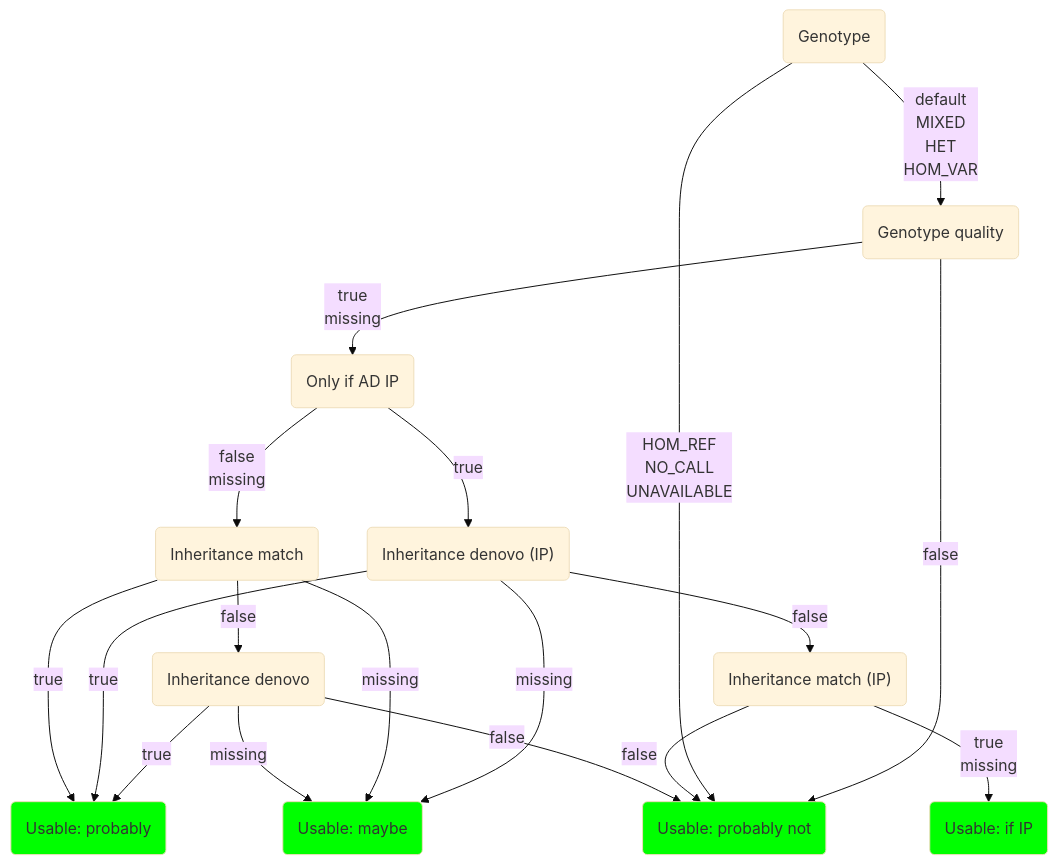
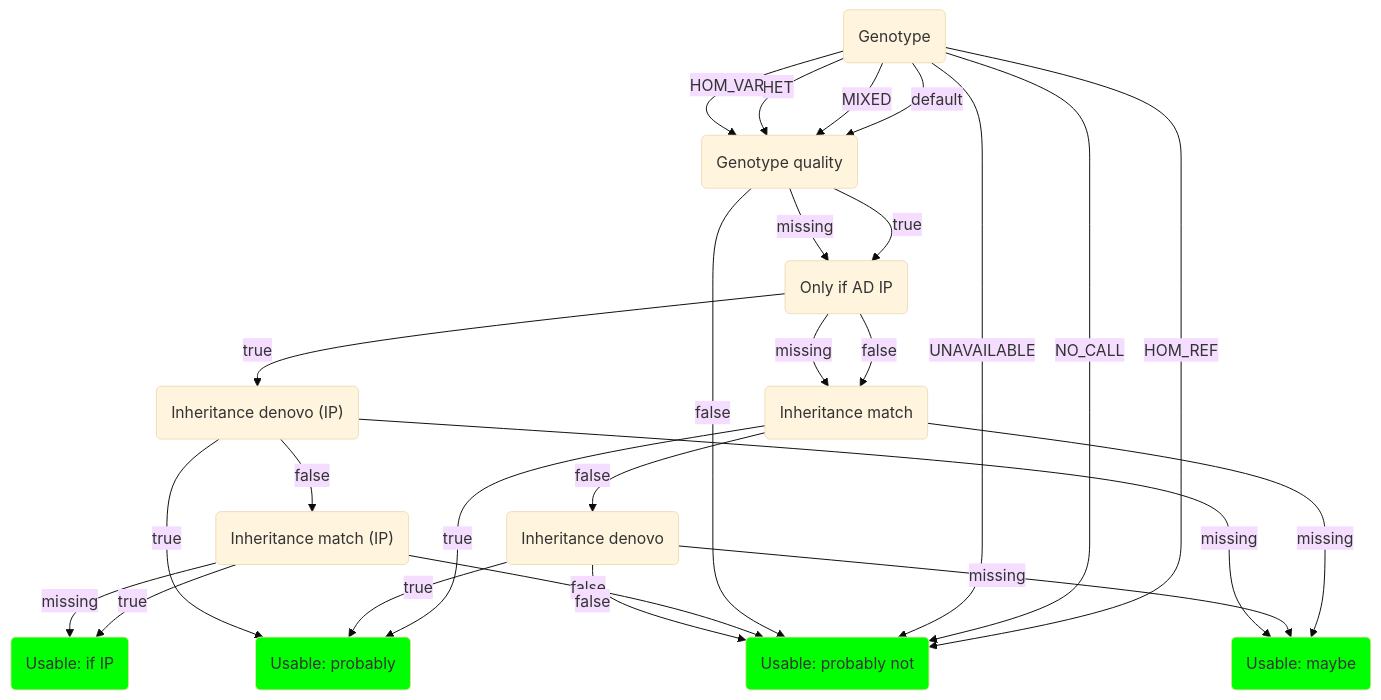
Before and after one commit to molgenis/vip: the second of 2 diagrams in docs/advanced/classification_trees.md, drawn with Mermaid (base theme). The commit also changed other lines of this file, not shown here.

````diff
--- a/docs/advanced/classification_trees.md
+++ b/docs/advanced/classification_trees.md
@@ -107,36 +117,43 @@
 ```mermaid
 flowchart TD
 gt_("Genotype")
 gq_("Genotype quality")
 only_IP_("Only if AD IP")
 vim_("Inheritance match")
 vim_IP_("Inheritance match (IP)")
 vid_("Inheritance denovo")
 vid_IP_("Inheritance denovo (IP)")
 exit_u1_("Usable: probably")
 style exit_u1_ fill:#00ff00
 exit_u2_("Usable: maybe")
 style exit_u2_ fill:#00ff00
 exit_u3_("Usable: probably not")
 style exit_u3_ fill:#00ff00
 exit_u4_("Usable: if IP")
 style exit_u4_ fill:#00ff00
-gq_ -->|"true\nmissing"| only_IP_
+gt_ -->|"default"| gq_
+gt_ -->|"HOM_REF"| exit_u3_
+gt_ -->|"NO_CALL"| exit_u3_
+gt_ -->|"MIXED"| gq_
+gt_ -->|"HET"| gq_
+gt_ -->|"HOM_VAR"| gq_
+gt_ -->|"UNAVAILABLE"| exit_u3_
+gq_ -->|"true"| only_IP_
+gq_ -->|"false"| exit_u3_
+gq_ -->|"missing"| only_IP_
+only_IP_ -->|"true"| vid_IP_
+only_IP_ -->|"false"| vim_
+only_IP_ -->|"missing"| vim_
+vim_ -->|"true"| exit_u1_
+vim_ -->|"false"| vid_
+vim_ -->|"missing"| exit_u2_
+vim_IP_ -->|"true"| exit_u4_
+vim_IP_ -->|"false"| exit_u3_
+vim_IP_ -->|"missing"| exit_u4_
 vid_ -->|"true"| exit_u1_
-gq_ -->|"false"| exit_u3_
+vid_ -->|"false"| exit_u3_
+vid_ -->|"missing"| exit_u2_
+vid_IP_ -->|"true"| exit_u1_
+vid_IP_ -->|"false"| vim_IP_
 vid_IP_ -->|"missing"| exit_u2_
-vid_IP_ -->|"true"| exit_u1_
-vim_ -->|"missing"| exit_u2_
-vim_ -->|"true"| exit_u1_
-only_IP_ -->|"false\nmissing"| vim_
-vim_ -->|"false"| vid_
-vid_IP_ -->|"false"| vim_IP_
-gt_ -->|"HOM_REF\nNO_CALL\nUNAVAILABLE"| exit_u3_
-vim_IP_ -->|"false"| exit_u3_
-vim_IP_ -->|"true\nmissing"| exit_u4_
-only_IP_ -->|"true"| vid_IP_
-vid_ -->|"false"| exit_u3_
-gt_ -->|"default\nMIXED\nHET\nHOM_VAR"| gq_
-vid_ -->|"missing"| exit_u2_
-
 ```
````
